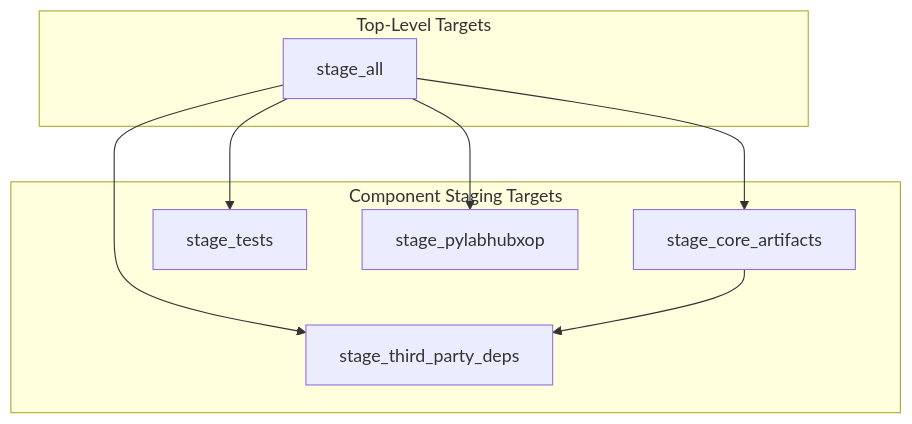
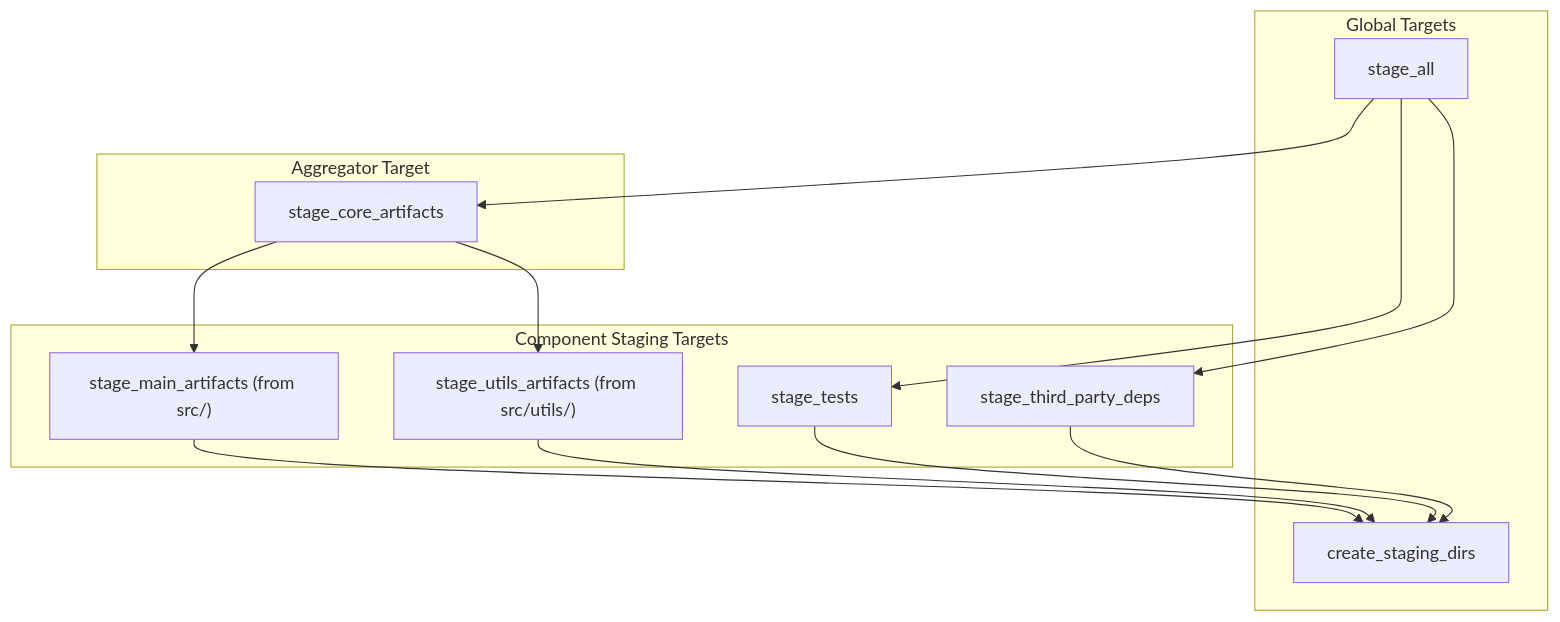
One commit to Qing-LAB/pylabhub changed the second of 2 diagrams in cpp/docs/README_CMake_Design.md. Above: the diagram before and after it, drawn with Mermaid. The commit also changed other lines of this file and 6 other files, not shown here.

````diff
--- a/cpp/docs/README_CMake_Design.md
+++ b/cpp/docs/README_CMake_Design.md
@@ -68,20 +56,30 @@
 ```mermaid
 graph TD
-    subgraph "Top-Level Targets"
+    subgraph "Global Targets"
         stage_all;
+        create_staging_dirs;
     end
     
+    subgraph "Aggregator Target"
+        stage_core_artifacts;
+    end
+
     subgraph "Component Staging Targets"
-        stage_core_artifacts;
+        stage_main_artifacts["stage_main_artifacts (from src/)"];
+        stage_utils_artifacts["stage_utils_artifacts (from src/utils/)"];
         stage_third_party_deps;
         stage_tests;
-        stage_pylabhubxop;
     end
 
     stage_all --> stage_core_artifacts;
     stage_all --> stage_third_party_deps;
     stage_all --> stage_tests;
-    stage_all --> stage_pylabhubxop;
     
-    stage_core_artifacts --> stage_third_party_deps;
+    stage_core_artifacts --> stage_main_artifacts;
+    stage_core_artifacts --> stage_utils_artifacts;
+
+    stage_main_artifacts --> create_staging_dirs;
+    stage_utils_artifacts --> create_staging_dirs;
+    stage_tests --> create_staging_dirs;
+    stage_third_party_deps --> create_staging_dirs;
 ```
````
